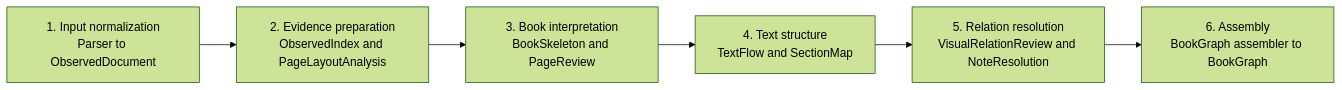
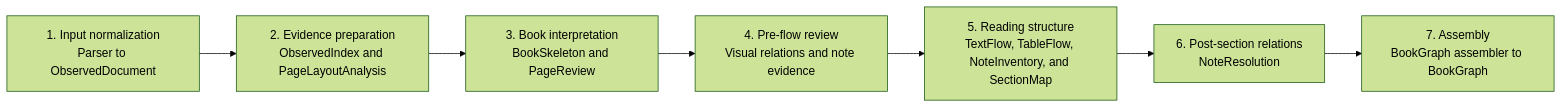
One commit to jenslewie/inkline changed the diagram in README.md. Above: the diagram before and after it, drawn with Mermaid (forest theme). The commit also changed other lines of this file and 7 other files, not shown here.

Commit message:
docs: replan pre-section artifact flow

````diff
--- a/README.md
+++ b/README.md
@@ -16,11 +16,12 @@
 ```mermaid
 flowchart LR
     ingest["1. Input normalization<br/>Parser to ObservedDocument"]
     evidence["2. Evidence preparation<br/>ObservedIndex and PageLayoutAnalysis"]
     structure["3. Book interpretation<br/>BookSkeleton and PageReview"]
-    text["4. Text structure<br/>TextFlow and SectionMap"]
-    relations["5. Relation resolution<br/>VisualRelationReview and NoteResolution"]
-    assembly["6. Assembly<br/>BookGraph assembler to BookGraph"]
+    review["4. Pre-flow review<br/>Visual relations and note evidence"]
+    text["5. Reading structure<br/>TextFlow, TableFlow, NoteInventory, and SectionMap"]
+    relations["6. Post-section relations<br/>NoteResolution"]
+    assembly["7. Assembly<br/>BookGraph assembler to BookGraph"]
 
-    ingest --> evidence --> structure --> text --> relations --> assembly
+    ingest --> evidence --> structure --> review --> text --> relations --> assembly
 ```
````
